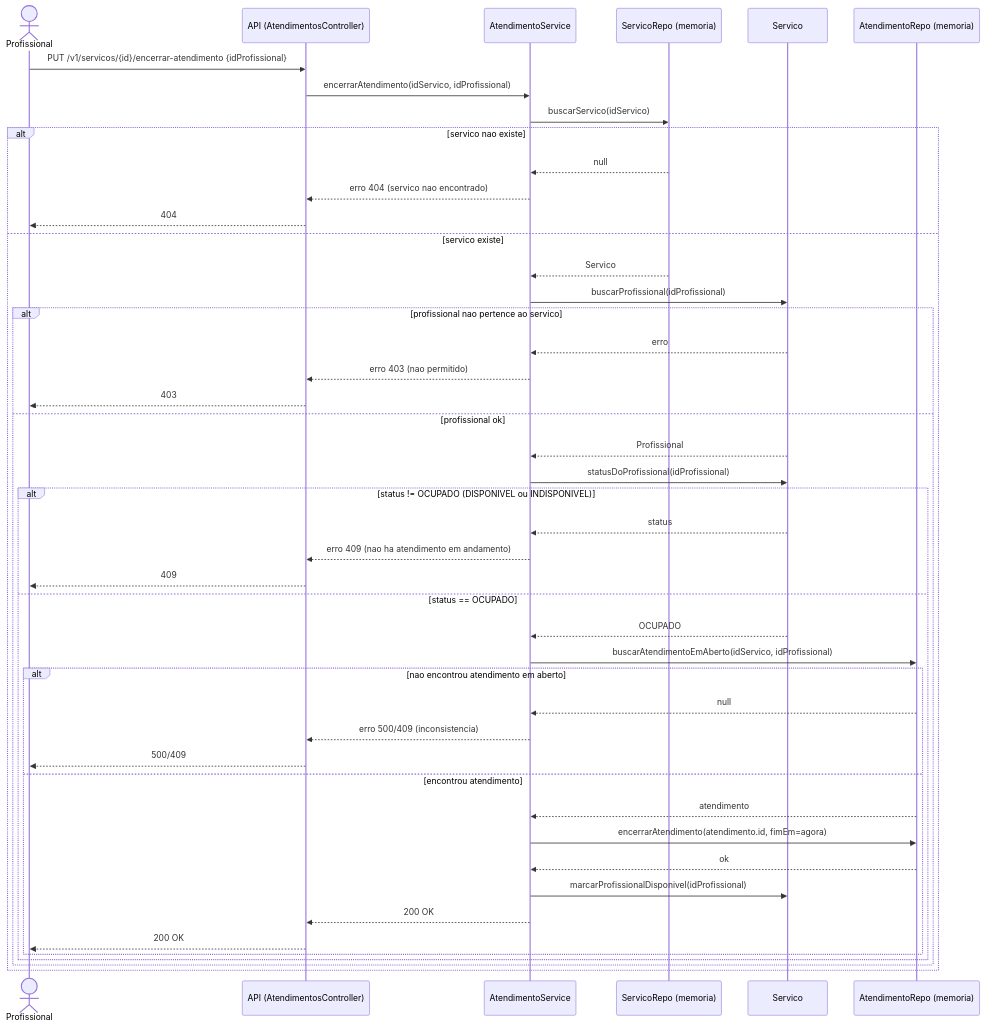
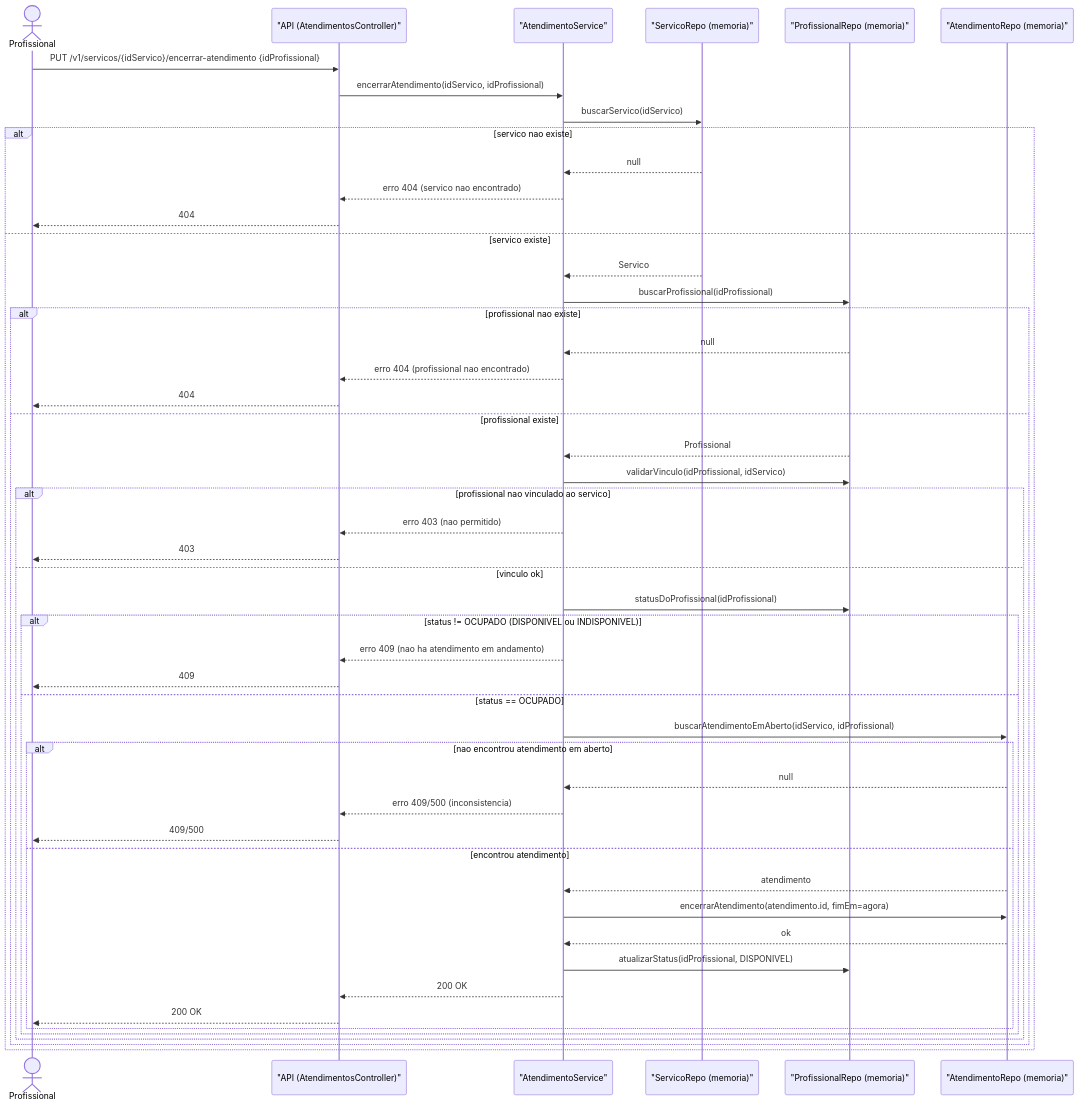
Before and after one commit to IsabelaSiqueira1/systemPDI: the second of 11 diagrams in docs/sequence_diagram.md, drawn with Mermaid. The commit also changed other lines of this file and 2 other files, not shown here.

Commit message:
atualização dos diagramas de classe e sequência, incluindo novas regras de negócio e ajustes na documentação

````diff
--- a/docs/sequence_diagram.md
+++ b/docs/sequence_diagram.md
@@ -153,57 +169,62 @@
 ```mermaid
 
 sequenceDiagram
-actor Prof as Profissional
-participant API as API (AtendimentosController)
-participant SVC as AtendimentoService
-participant Repo as ServicoRepo (memoria)
-participant Serv as Servico
-participant ARepo as AtendimentoRepo (memoria)
+    actor Prof as Profissional
+    participant API as "API (AtendimentosController)"
+    participant SVC as "AtendimentoService"
+    participant SRepo as "ServicoRepo (memoria)"
+    participant PRepo as "ProfissionalRepo (memoria)"
+    participant ARepo as "AtendimentoRepo (memoria)"
 
-    Prof->>API: PUT /v1/servicos/{id}/encerrar-atendimento {idProfissional}
+    Prof->>API: PUT /v1/servicos/{idServico}/encerrar-atendimento {idProfissional}
     API->>SVC: encerrarAtendimento(idServico, idProfissional)
 
-    SVC->>Repo: buscarServico(idServico)
+    SVC->>SRepo: buscarServico(idServico)
     alt servico nao existe
-        Repo-->>SVC: null
+        SRepo-->>SVC: null
         SVC-->>API: erro 404 (servico nao encontrado)
         API-->>Prof: 404
     else servico existe
-        Repo-->>SVC: Servico
+        SRepo-->>SVC: Servico
 
-        SVC->>Serv: buscarProfissional(idProfissional)
-        alt profissional nao pertence ao servico
-            Serv-->>SVC: erro
-            SVC-->>API: erro 403 (nao permitido)
-            API-->>Prof: 403
-        else profissional ok
-            Serv-->>SVC: Profissional
+        SVC->>PRepo: buscarProfissional(idProfissional)
+        alt profissional nao existe
+            PRepo-->>SVC: null
+            SVC-->>API: erro 404 (profissional nao encontrado)
+            API-->>Prof: 404
+        else profissional existe
+            PRepo-->>SVC: Profissional
 
-            SVC->>Serv: statusDoProfissional(idProfissional)
-            alt status != OCUPADO (DISPONIVEL ou INDISPONIVEL)
-                Serv-->>SVC: status
-                SVC-->>API: erro 409 (nao ha atendimento em andamento)
-                API-->>Prof: 409
-            else status == OCUPADO
-                Serv-->>SVC: OCUPADO
+            SVC->>PRepo: validarVinculo(idProfissional, idServico)
+            alt profissional nao vinculado ao servico
+                SVC-->>API: erro 403 (nao permitido)
+                API-->>Prof: 403
+            else vinculo ok
 
-                SVC->>ARepo: buscarAtendimentoEmAberto(idServico, idProfissional)
-                alt nao encontrou atendimento em aberto
-                    ARepo-->>SVC: null
-                    SVC-->>API: erro 500/409 (inconsistencia)
-                    API-->>Prof: 500/409
-                else encontrou atendimento
-                    ARepo-->>SVC: atendimento
+                SVC->>PRepo: statusDoProfissional(idProfissional)
+                alt status != OCUPADO (DISPONIVEL ou INDISPONIVEL)
+                    SVC-->>API: erro 409 (nao ha atendimento em andamento)
+                    API-->>Prof: 409
+                else status == OCUPADO
 
-                    SVC->>ARepo: encerrarAtendimento(atendimento.id, fimEm=agora)
-                    ARepo-->>SVC: ok
+                    SVC->>ARepo: buscarAtendimentoEmAberto(idServico, idProfissional)
+                    alt nao encontrou atendimento em aberto
+                        ARepo-->>SVC: null
+                        SVC-->>API: erro 409/500 (inconsistencia)
+                        API-->>Prof: 409/500
+                    else encontrou atendimento
+                        ARepo-->>SVC: atendimento
 
-                    SVC->>Serv: marcarProfissionalDisponivel(idProfissional)
+                        SVC->>ARepo: encerrarAtendimento(atendimento.id, fimEm=agora)
+                        ARepo-->>SVC: ok
 
-                    SVC-->>API: 200 OK
-                    API-->>Prof: 200 OK
+                        SVC->>PRepo: atualizarStatus(idProfissional, DISPONIVEL)
+
+                        SVC-->>API: 200 OK
+                        API-->>Prof: 200 OK
+                    end
                 end
             end
         end
     end
 ```
````
